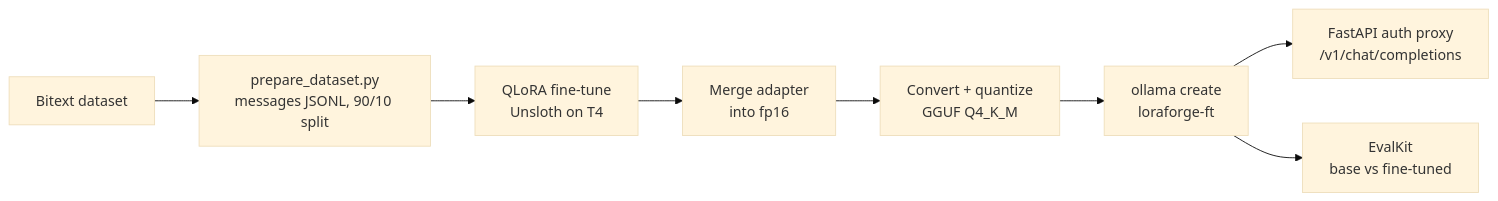
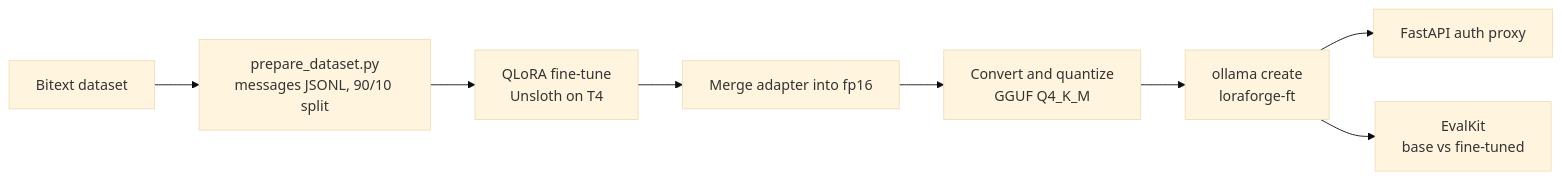
The first of 3 diagrams in README.md (HamzaElSousi/LoraForge-fine-tuning), drawn with Mermaid (base theme) before and after one commit. The commit also changed other lines of this file, not shown here.

First line of the commit message:
fix(readme): make mermaid diagrams GitHub-renderable

````diff
--- a/README.md
+++ b/README.md
@@ -21,10 +21,10 @@
 ```mermaid
 flowchart LR
-    A[Bitext dataset] --> B[prepare_dataset.py<br/>messages JSONL, 90/10 split]
-    B --> C[QLoRA fine-tune<br/>Unsloth on T4]
-    C --> D[Merge adapter<br/>into fp16]
-    D --> E[Convert + quantize<br/>GGUF Q4_K_M]
-    E --> F[ollama create<br/>loraforge-ft]
-    F --> G[FastAPI auth proxy<br/>/v1/chat/completions]
-    F --> H[EvalKit<br/>base vs fine-tuned]
+    A["Bitext dataset"] --> B["prepare_dataset.py<br/>messages JSONL, 90/10 split"]
+    B --> C["QLoRA fine-tune<br/>Unsloth on T4"]
+    C --> D["Merge adapter into fp16"]
+    D --> E["Convert and quantize<br/>GGUF Q4_K_M"]
+    E --> F["ollama create<br/>loraforge-ft"]
+    F --> G["FastAPI auth proxy"]
+    F --> H["EvalKit<br/>base vs fine-tuned"]
 ```
````
